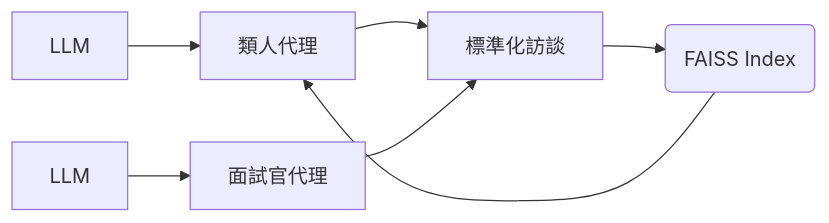
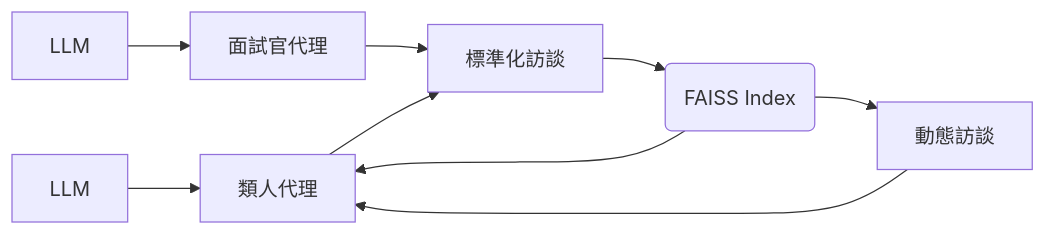
Before and after one commit to llm-psychology/PersonaDough: the diagram in README.md, drawn with Mermaid.

Commit message:
update: readme

````diff
--- a/README.md
+++ b/README.md
@@ -14,9 +14,10 @@
 ```mermaid 
     graph LR
     L_LLM[LLM] --> L_agent[類人代理]
     R_LLM[LLM] --> R_agent[面試官代理]
     L_agent[類人代理] --> context[標準化訪談]
     R_agent[面試官代理] --> context[標準化訪談]
     context[標準化訪談] --> vdb[FAISS Index]
     vdb(FAISS Index) --> L_agent[類人代理]
+    vdb(FAISS Index) --> dy_context[動態訪談] --> L_agent[類人代理]
 ```
````
